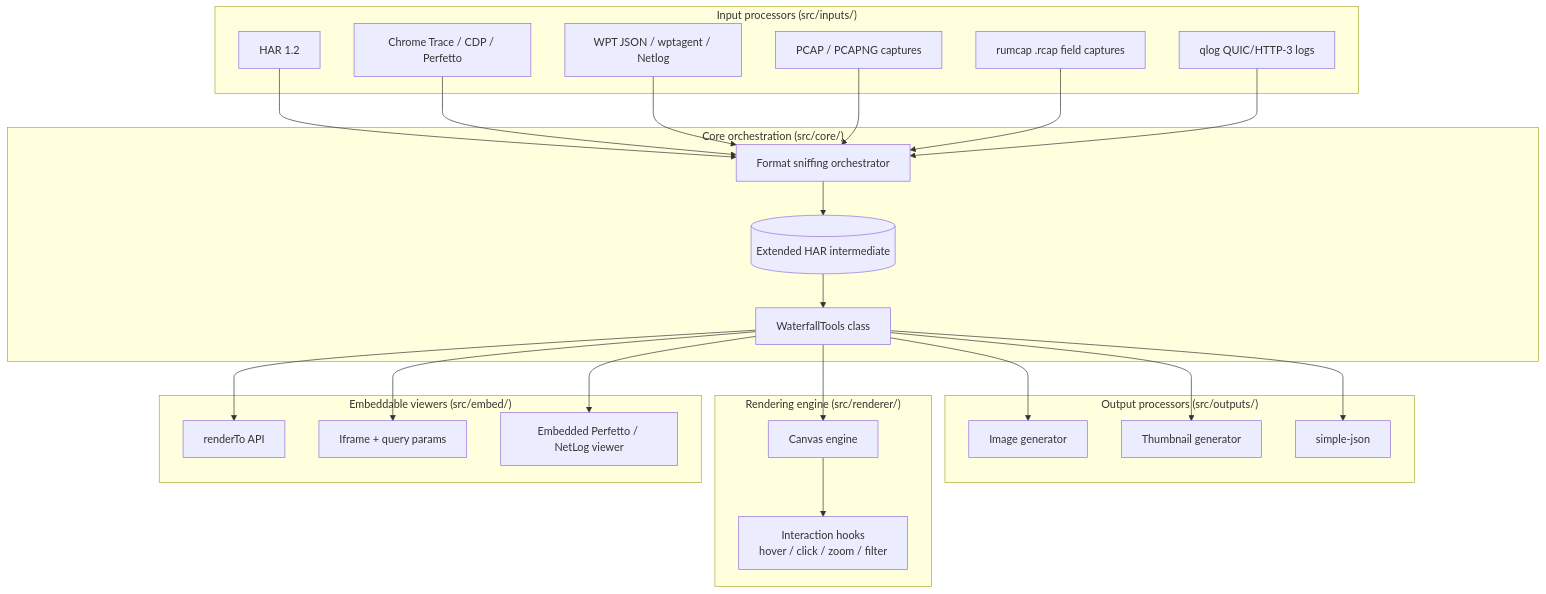
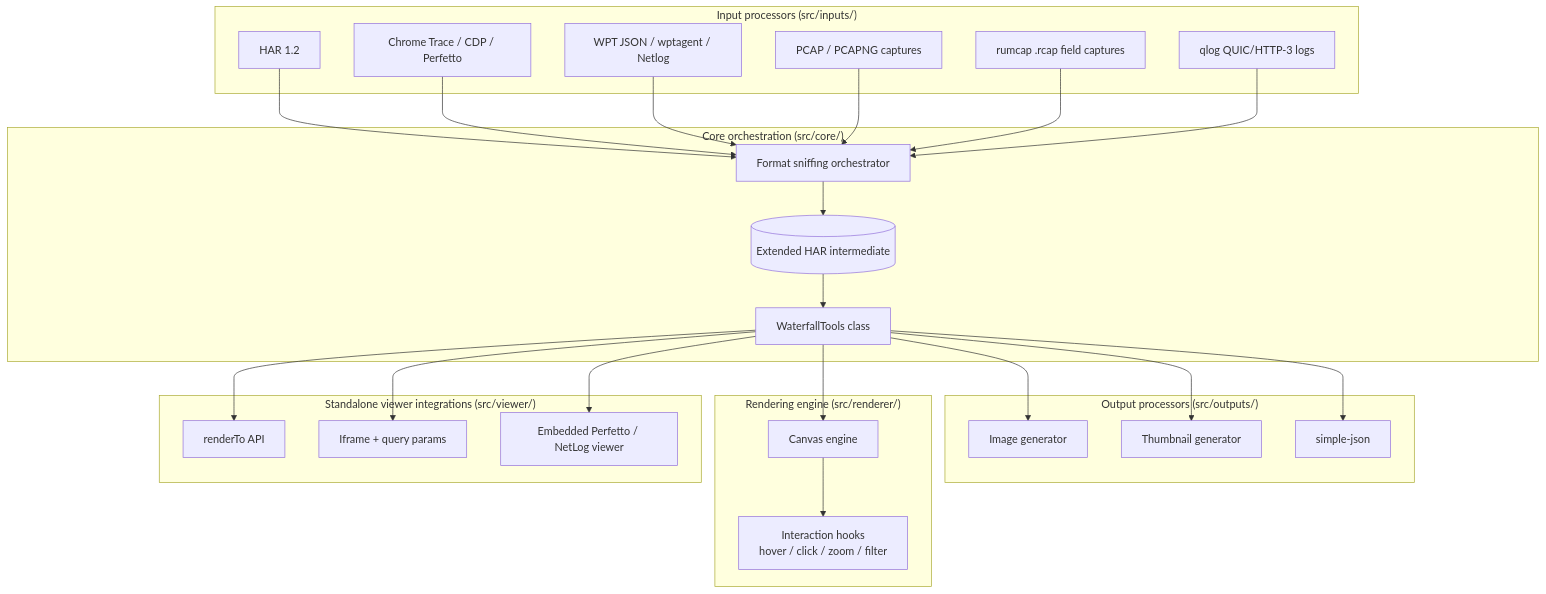
Before and after one commit to pmeenan/waterfall-tools: the diagram in Docs/Architecture.md, drawn with Mermaid. The commit also changed other lines of this file and 61 other files, not shown here.

````diff
--- a/Docs/Architecture.md
+++ b/Docs/Architecture.md
@@ -16,55 +16,55 @@
 ```mermaid
 graph TD
     subgraph Inputs ["Input processors (src/inputs/)"]
         HAR[HAR 1.2]
         ChromeTrace[Chrome Trace / CDP / Perfetto]
         WPT[WPT JSON / wptagent / Netlog]
         Tcpdump[PCAP / PCAPNG captures]
         Rumcap[rumcap .rcap field captures]
         Qlog[qlog QUIC/HTTP-3 logs]
     end
 
     subgraph Core ["Core orchestration (src/core/)"]
         Orchestrator[Format sniffing orchestrator]
         HAR_Ext[(Extended HAR intermediate)]
         Conductor[WaterfallTools class]
     end
 
     subgraph Outputs ["Output processors (src/outputs/)"]
         ImageGen[Image generator]
         ThumbGen[Thumbnail generator]
         JSONGen[simple-json]
     end
 
     subgraph Renderer ["Rendering engine (src/renderer/)"]
         Canvas[Canvas engine]
         Interactions[Interaction hooks<br/>hover / click / zoom / filter]
     end
 
-    subgraph Embed ["Embeddable viewers (src/embed/)"]
+    subgraph Viewer ["Standalone viewer integrations (src/viewer/)"]
         DirectEmbed[renderTo API]
         Iframe[Iframe + query params]
         External[Embedded Perfetto / NetLog viewer]
     end
 
     HAR --> Orchestrator
     ChromeTrace --> Orchestrator
     WPT --> Orchestrator
     Tcpdump --> Orchestrator
     Rumcap --> Orchestrator
     Qlog --> Orchestrator
 
     Orchestrator --> HAR_Ext
     HAR_Ext --> Conductor
 
     Conductor --> ImageGen
     Conductor --> ThumbGen
     Conductor --> JSONGen
 
     Conductor --> Canvas
     Canvas --> Interactions
 
     Conductor --> DirectEmbed
     Conductor --> Iframe
     Conductor --> External
 ```
````
